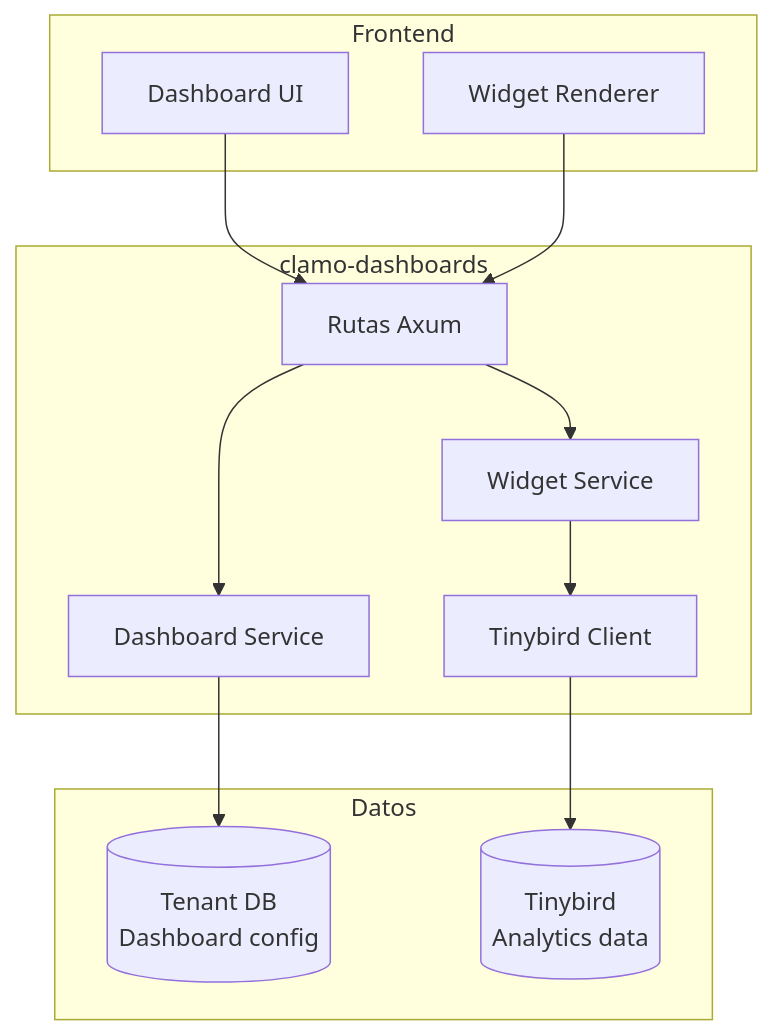
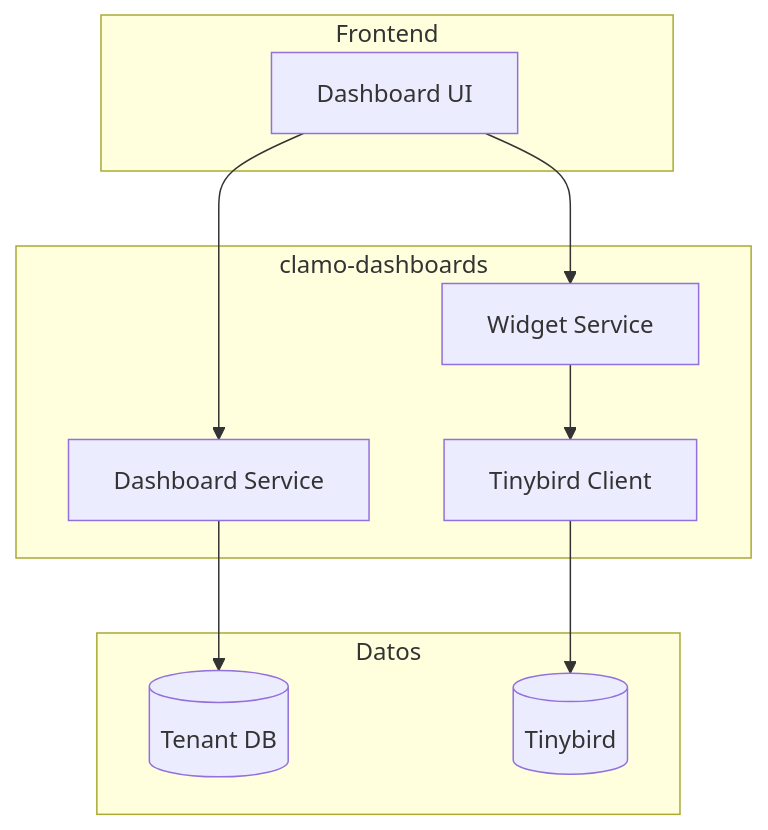
The diagram in es/servicios/clamo-dashboards.mdx (GetClamo/docs), drawn with Mermaid before and after one commit. The commit also changed other lines of this file and 93 other files, not shown here.

````diff
--- a/es/servicios/clamo-dashboards.mdx
+++ b/es/servicios/clamo-dashboards.mdx
@@ -22,27 +20,23 @@
 ```mermaid
 flowchart TB
     subgraph Frontend [Frontend]
         DashboardUI[Dashboard UI]
-        WidgetRenderer[Widget Renderer]
     end
-    
+
     subgraph API [clamo-dashboards]
-        Routes[Rutas Axum]
         DashboardService[Dashboard Service]
         WidgetService[Widget Service]
         TinybirdClient[Tinybird Client]
     end
-    
+
     subgraph Data [Datos]
-        TenantDB[(Tenant DB<br/>Dashboard config)]
-        Tinybird[(Tinybird<br/>Analytics data)]
+        TenantDB[(Tenant DB)]
+        Tinybird[(Tinybird)]
     end
-    
-    DashboardUI --> Routes
-    WidgetRenderer --> Routes
-    Routes --> DashboardService
-    Routes --> WidgetService
+
+    DashboardUI --> DashboardService
+    DashboardUI --> WidgetService
     DashboardService --> TenantDB
     WidgetService --> TinybirdClient
     TinybirdClient --> Tinybird
 ```
````
